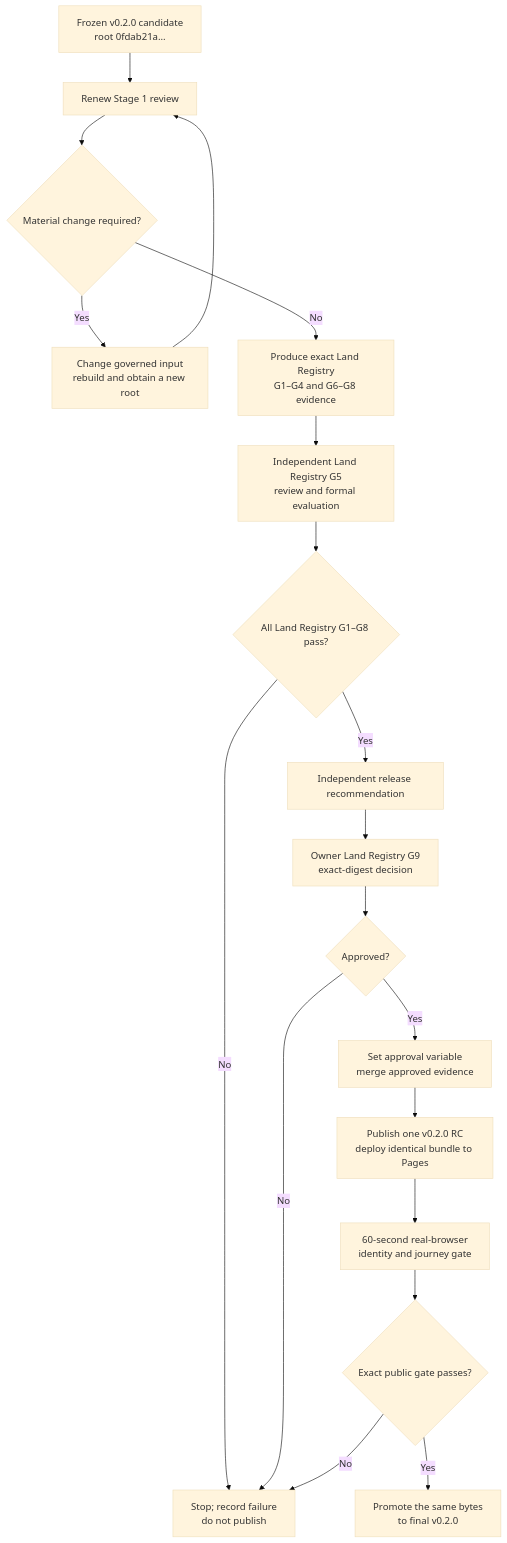
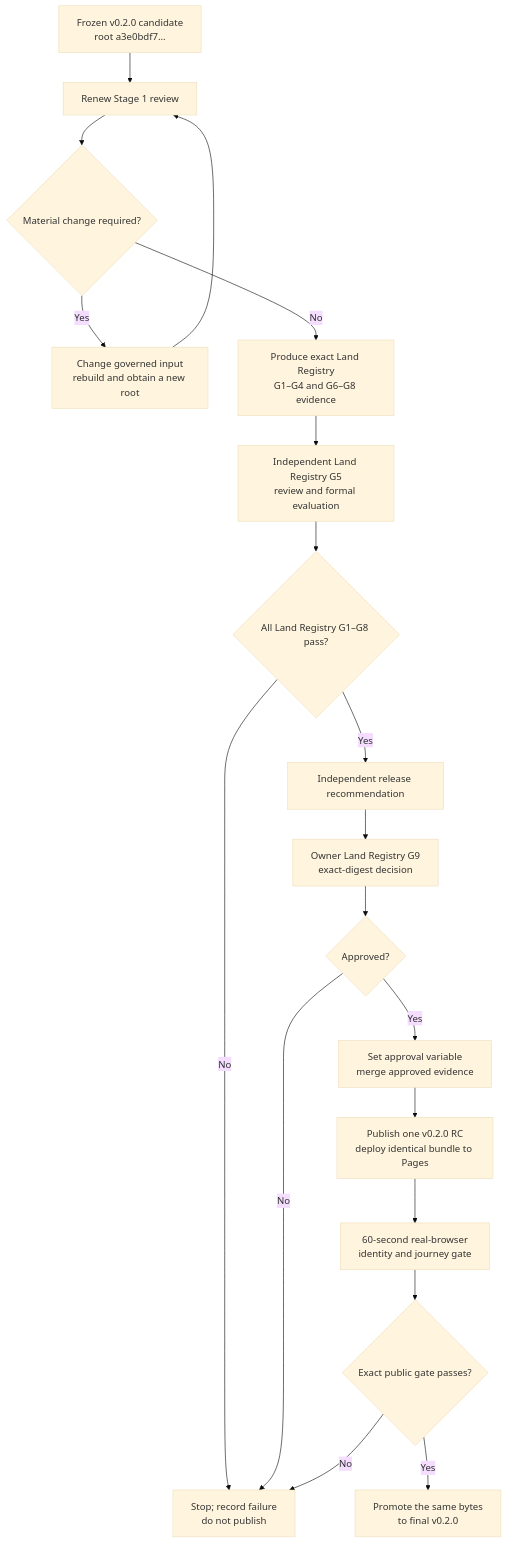
One commit to chris-page-gov/okf-LandRegistry changed the diagram in docs/v0.2.0-release-tracker-and-publication-guide.md. Above: the diagram before and after it, drawn with Mermaid (base theme). The commit also changed other lines of this file and 4 other files, not shown here.

Commit message:
Refresh review addendum for portable candidate

````diff
--- a/docs/v0.2.0-release-tracker-and-publication-guide.md
+++ b/docs/v0.2.0-release-tracker-and-publication-guide.md
@@ -517,21 +523,21 @@
 ```mermaid
 flowchart TD
-    A["Frozen v0.2.0 candidate<br/>root 0fdab21a…"] --> B["Renew Stage 1 review"]
+    A["Frozen v0.2.0 candidate<br/>root a3e0bdf7…"] --> B["Renew Stage 1 review"]
     B --> C{"Material change required?"}
     C -- "Yes" --> D["Change governed input<br/>rebuild and obtain a new root"]
     D --> B
     C -- "No" --> E["Produce exact Land Registry<br/>G1–G4 and G6–G8 evidence"]
     E --> F["Independent Land Registry G5<br/>review and formal evaluation"]
     F --> G{"All Land Registry G1–G8 pass?"}
     G -- "No" --> H["Stop; record failure<br/>do not publish"]
     G -- "Yes" --> I["Independent release recommendation"]
     I --> J["Owner Land Registry G9<br/>exact-digest decision"]
     J --> K{"Approved?"}
     K -- "No" --> H
     K -- "Yes" --> L["Set approval variable<br/>merge approved evidence"]
     L --> M["Publish one v0.2.0 RC<br/>deploy identical bundle to Pages"]
     M --> N["60-second real-browser<br/>identity and journey gate"]
     N --> O{"Exact public gate passes?"}
     O -- "No" --> H
     O -- "Yes" --> P["Promote the same bytes<br/>to final v0.2.0"]
 ```
````
